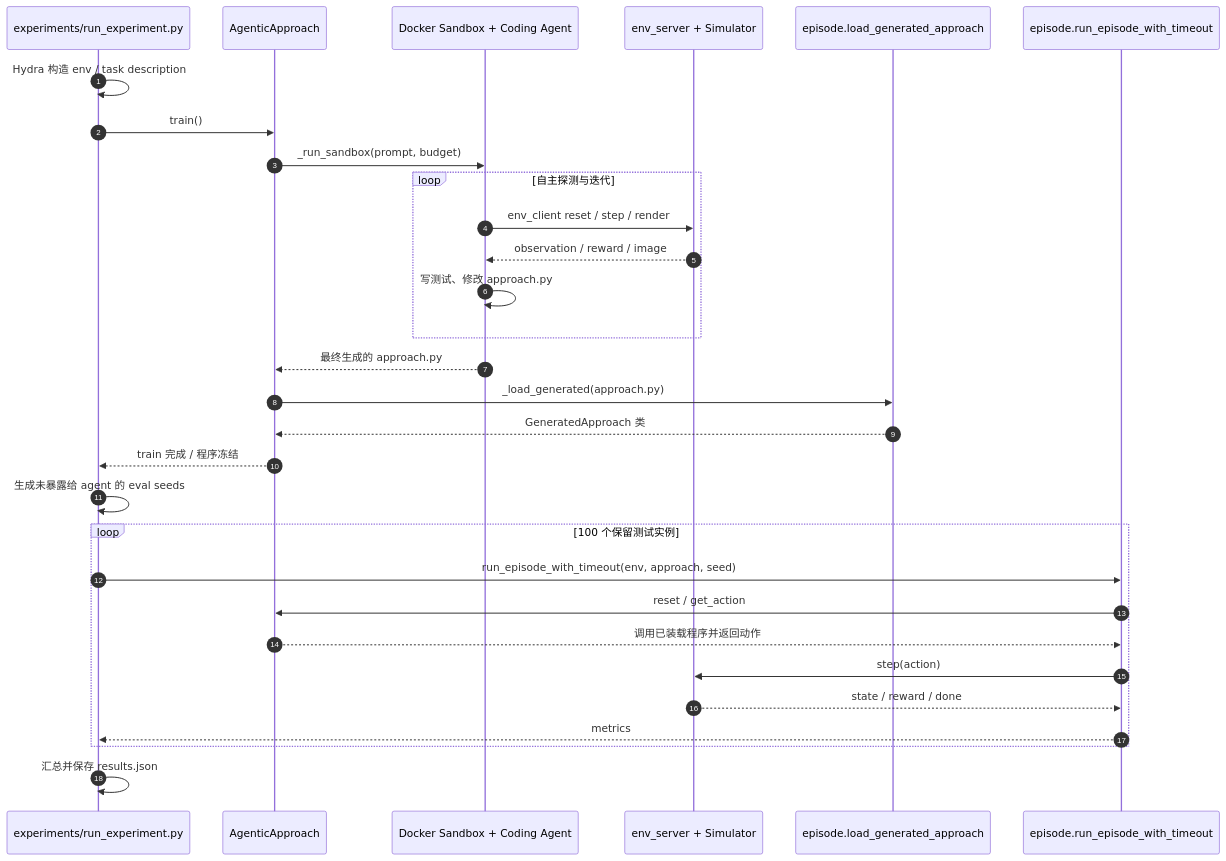
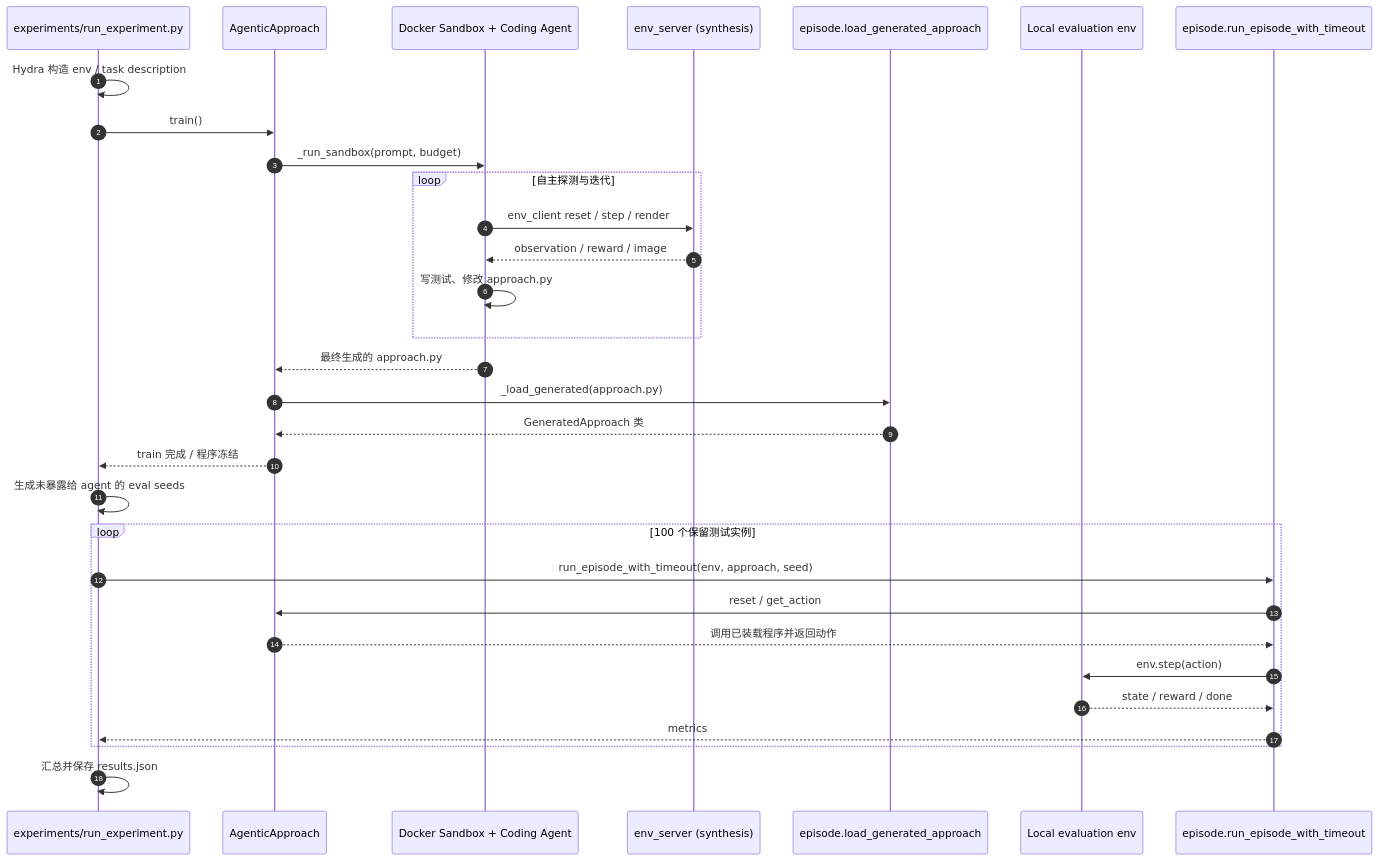
One commit to ImChong/Robotics_Notebooks changed the second of 2 diagrams in wiki/entities/paper-agenticgenplan-generalized-tamp-coding-agents.md. Above: the diagram before and after it, drawn with Mermaid. The commit also changed other lines of this file, not shown here.

Commit message:
docs(wiki): correct KinDER expansion and split synthesis vs evaluation simulator calls

````diff
--- a/wiki/entities/paper-agenticgenplan-generalized-tamp-coding-agents.md
+++ b/wiki/entities/paper-agenticgenplan-generalized-tamp-coding-agents.md
@@ -106,32 +106,33 @@
 ```mermaid
 sequenceDiagram
   autonumber
   participant Runner as experiments/run_experiment.py
   participant Agent as AgenticApproach
   participant Sandbox as Docker Sandbox + Coding Agent
-  participant Sim as env_server + Simulator
+  participant Sim as env_server (synthesis)
   participant Loader as episode.load_generated_approach
+  participant EvalEnv as Local evaluation env
   participant Eval as episode.run_episode_with_timeout
   Runner->>Runner: Hydra 构造 env / task description
   Runner->>Agent: train()
   Agent->>Sandbox: _run_sandbox(prompt, budget)
   loop 自主探测与迭代
     Sandbox->>Sim: env_client reset / step / render
     Sim-->>Sandbox: observation / reward / image
     Sandbox->>Sandbox: 写测试、修改 approach.py
   end
   Sandbox-->>Agent: 最终生成的 approach.py
   Agent->>Loader: _load_generated(approach.py)
   Loader-->>Agent: GeneratedApproach 类
   Agent-->>Runner: train 完成 / 程序冻结
   Runner->>Runner: 生成未暴露给 agent 的 eval seeds
   loop 100 个保留测试实例
     Runner->>Eval: run_episode_with_timeout(env, approach, seed)
     Eval->>Agent: reset / get_action
     Agent-->>Eval: 调用已装载程序并返回动作
-    Eval->>Sim: step(action)
-    Sim-->>Eval: state / reward / done
+    Eval->>EvalEnv: env.step(action)
+    EvalEnv-->>Eval: state / reward / done
     Eval-->>Runner: metrics
   end
   Runner->>Runner: 汇总并保存 results.json
 ```
````
